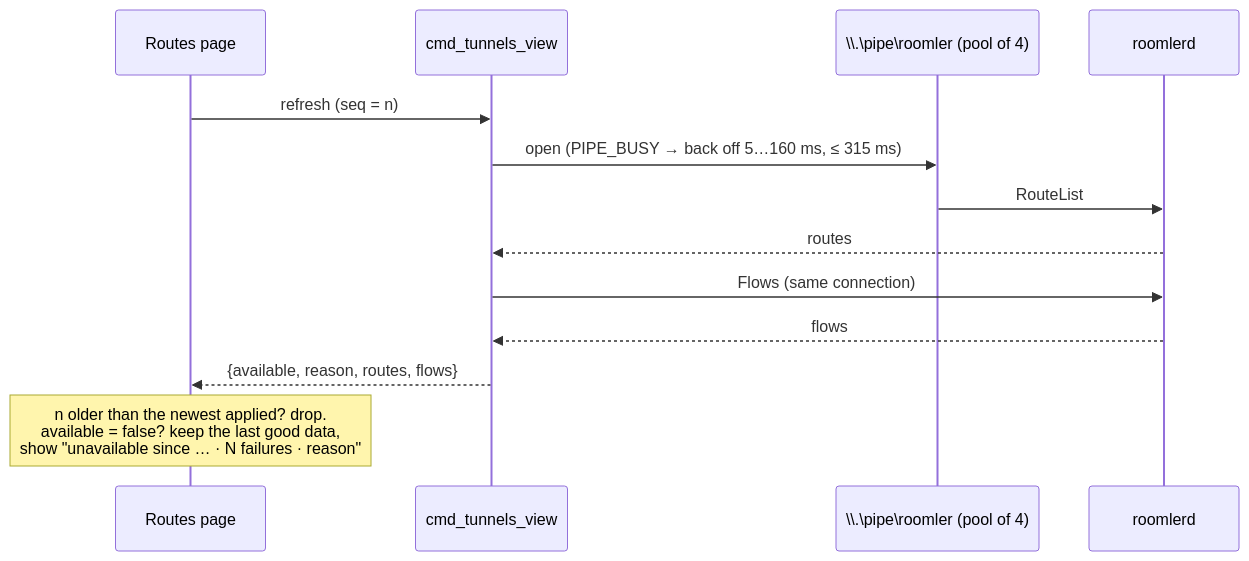
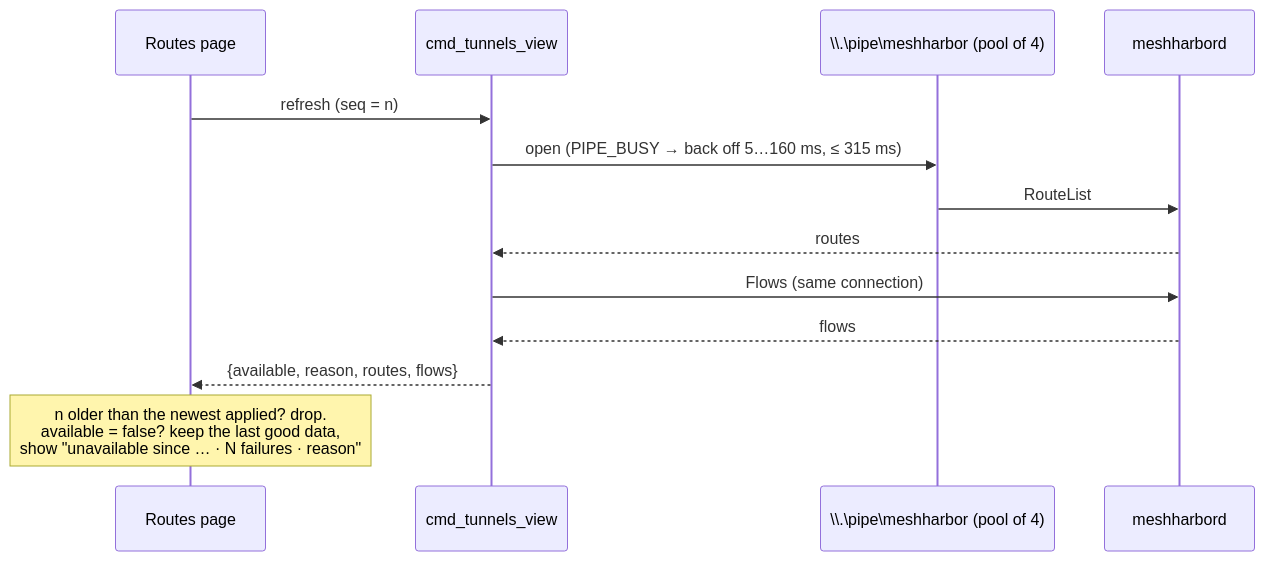
One commit to jk-zhang-meta/MeshHarbor changed the second of 12 diagrams in docs/desktop-companion.md. Above: the diagram before and after it, drawn with Mermaid. The commit also changed other lines of this file and 682 other files, not shown here.

````diff
--- a/docs/desktop-companion.md
+++ b/docs/desktop-companion.md
@@ -90,15 +90,15 @@
 ```mermaid
 sequenceDiagram
     participant P as Routes page
     participant C as cmd_tunnels_view
-    participant Pipe as \\.\pipe\roomler (pool of 4)
-    participant D as roomlerd
+    participant Pipe as \\.\pipe\meshharbor (pool of 4)
+    participant D as meshharbord
     P->>C: refresh (seq = n)
     C->>Pipe: open (PIPE_BUSY → back off 5…160 ms, ≤ 315 ms)
     Pipe->>D: RouteList
     D-->>C: routes
     C->>D: Flows (same connection)
     D-->>C: flows
     C-->>P: {available, reason, routes, flows}
     Note over P: n older than the newest applied? drop.<br/>available = false? keep the last good data,<br/>show "unavailable since … · N failures · reason"
 ```
````
